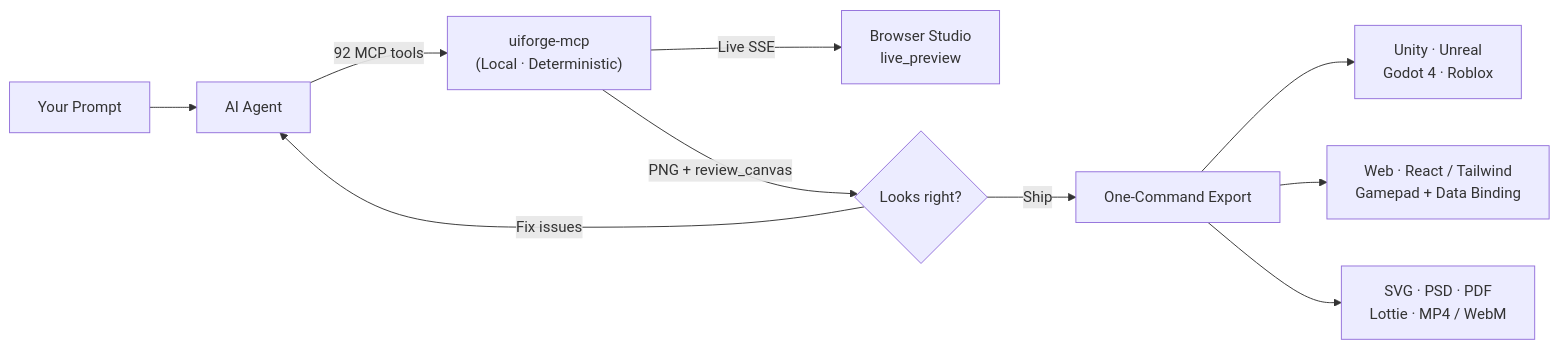
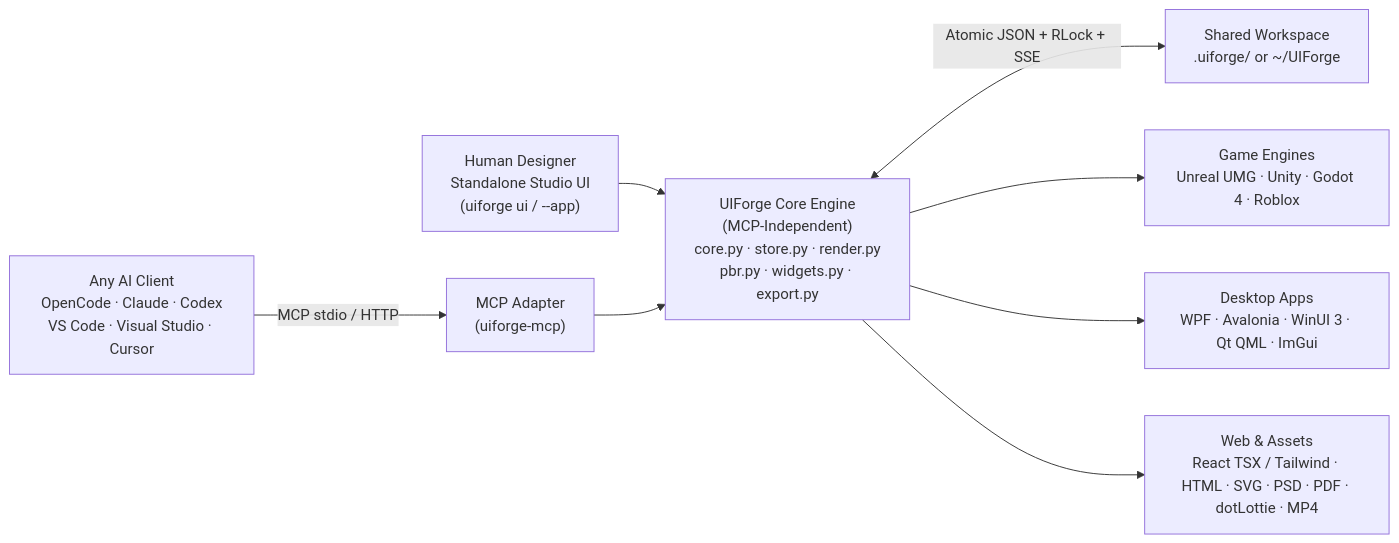
One commit to TENETTE/uiforge-mcp changed the diagram in README.md. Above: the diagram before and after it, drawn with Mermaid. The commit also changed other lines of this file and 53 other files, not shown here.

Commit message:
Release v0.15.0: Standalone Human Studio UI, 3 Runtime Modes, Shared Core, 142 Icons, UE5 UMG & Full Docs Overhaul

````diff
--- a/README.md
+++ b/README.md
@@ -169,12 +61,9 @@
 ```mermaid
 flowchart LR
-    U["Your Prompt"] --> A["AI Agent"]
-    A -->|"92 MCP tools"| S["uiforge-mcp<br/>(Local · Deterministic)"]
-    S -->|"Live SSE"| L["Browser Studio<br/>live_preview"]
-    S -->|"PNG + review_canvas"| C{"Looks right?"}
-    C -->|"Fix issues"| A
-    C -->|"Ship"| E["One-Command Export"]
-    E --> G1["Unity · Unreal<br/>Godot 4 · Roblox"]
-    E --> G2["Web · React / Tailwind<br/>Gamepad + Data Binding"]
-    E --> G3["SVG · PSD · PDF<br/>Lottie · MP4 / WebM"]
+    H["Human Designer<br/>Standalone Studio UI<br/>(uiforge ui / --app)"] --> C["UIForge Core Engine<br/>(MCP-Independent)<br/>core.py · store.py · render.py<br/>pbr.py · widgets.py · export.py"]
+    A["Any AI Client<br/>OpenCode · Claude · Codex<br/>VS Code · Visual Studio · Cursor"] -->|"MCP stdio / HTTP"| M["MCP Adapter<br/>(uiforge-mcp)"] --> C
+    C <-->|"Atomic JSON + RLock + SSE"| W["Shared Workspace<br/>.uiforge/ or ~/UIForge"]
+    C --> E1["Game Engines<br/>Unreal UMG · Unity · Godot 4 · Roblox"]
+    C --> E2["Desktop Apps<br/>WPF · Avalonia · WinUI 3 · Qt QML · ImGui"]
+    C --> E3["Web & Assets<br/>React TSX / Tailwind · HTML · SVG · PSD · PDF · dotLottie · MP4"]
 ```
````
